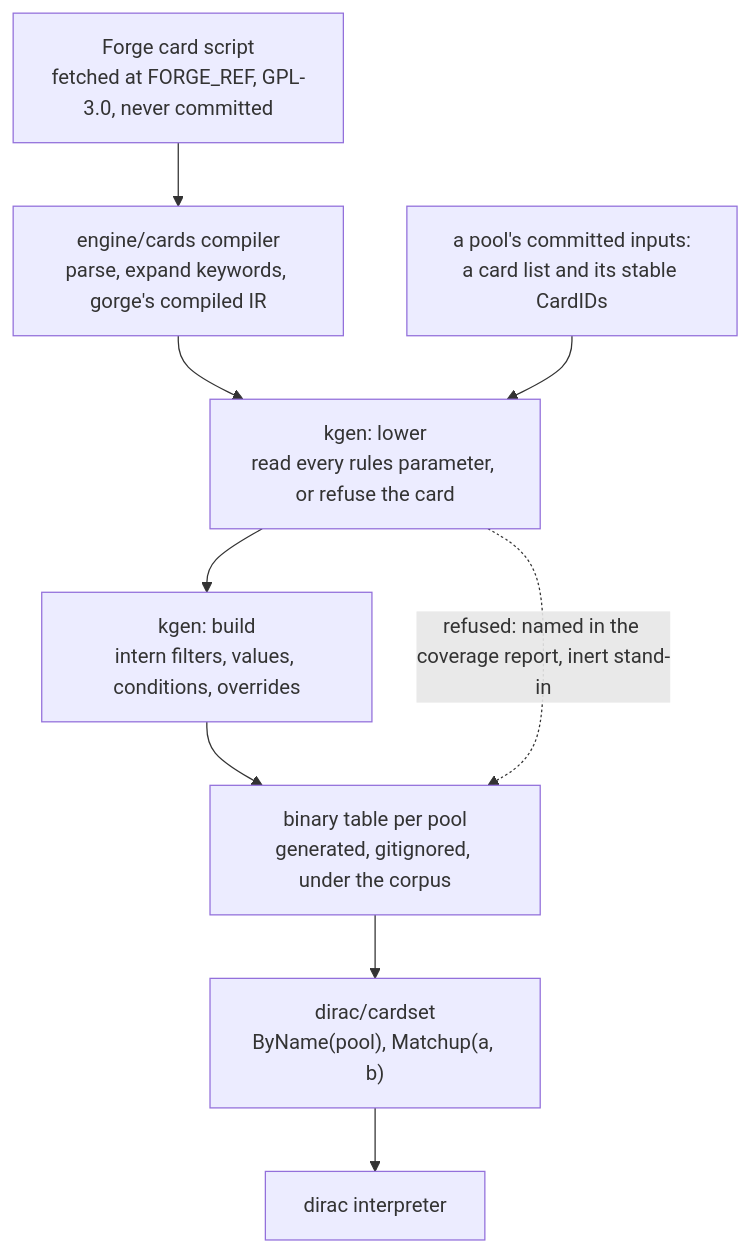
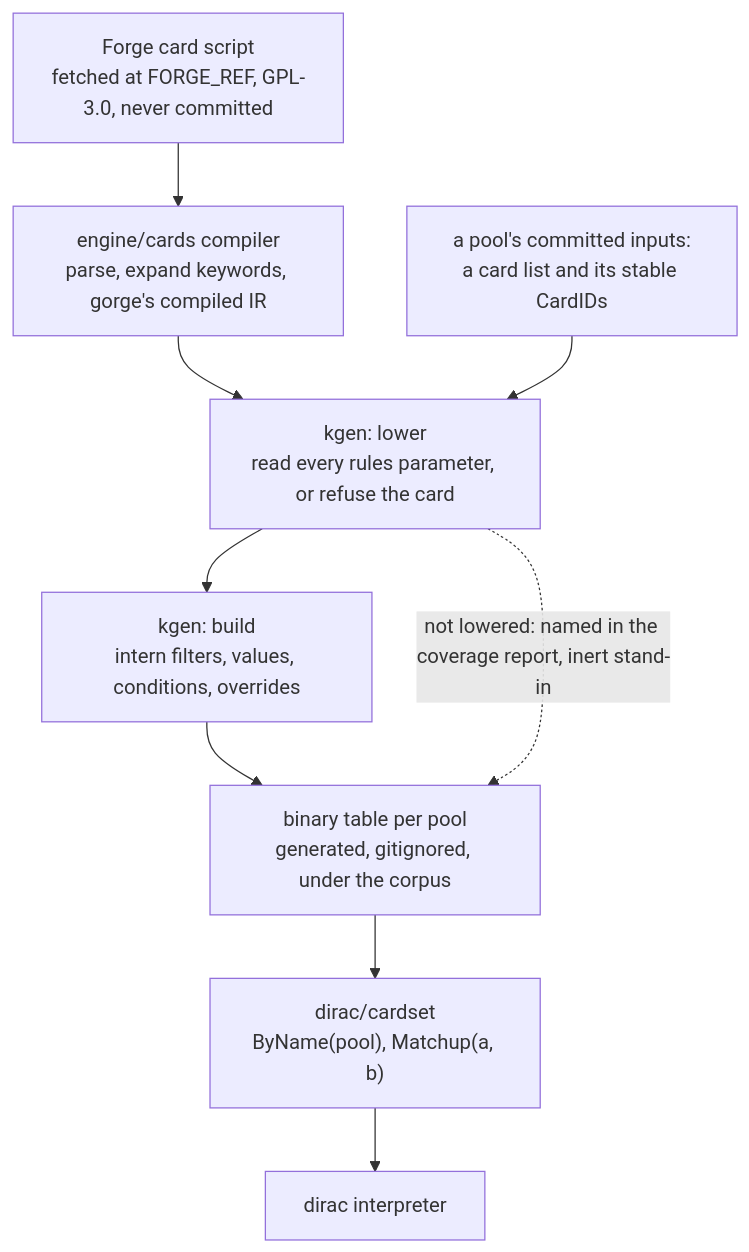
The diagram in docs/site/architecture/dirac/cards.md (adams-shaun/gorge), drawn with Mermaid before and after one commit. The commit also changed other lines of this file and 9 other files, not shown here.

First line of the commit message:
docs(architecture): dirac is in the repository, and supported means what the evidence shows

````diff
--- a/docs/site/architecture/dirac/cards.md
+++ b/docs/site/architecture/dirac/cards.md
@@ -11,15 +11,15 @@
 ```mermaid
 flowchart TB
   script["Forge card script<br/>fetched at FORGE_REF, GPL-3.0, never committed"]
   ir["engine/cards compiler<br/>parse, expand keywords, gorge's compiled IR"]
   list["a pool's committed inputs:<br/>a card list and its stable CardIDs"]
   lower["kgen: lower<br/>read every rules parameter, or refuse the card"]
   build["kgen: build<br/>intern filters, values, conditions, overrides"]
   tab["binary table per pool<br/>generated, gitignored, under the corpus"]
   set["dirac/cardset<br/>ByName(pool), Matchup(a, b)"]
   engine["dirac interpreter"]
   script --> ir --> lower
   list --> lower
   lower --> build --> tab --> set --> engine
-  lower -. "refused: named in the coverage report, inert stand-in" .-> tab
+  lower -. "not lowered: named in the coverage report, inert stand-in" .-> tab
 ```
````
